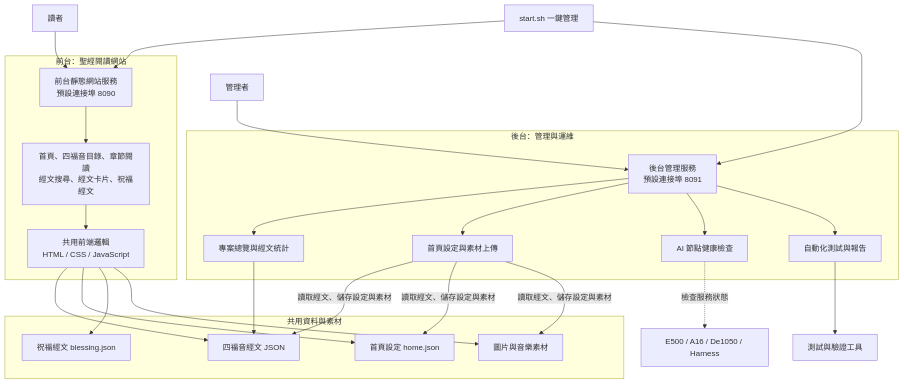
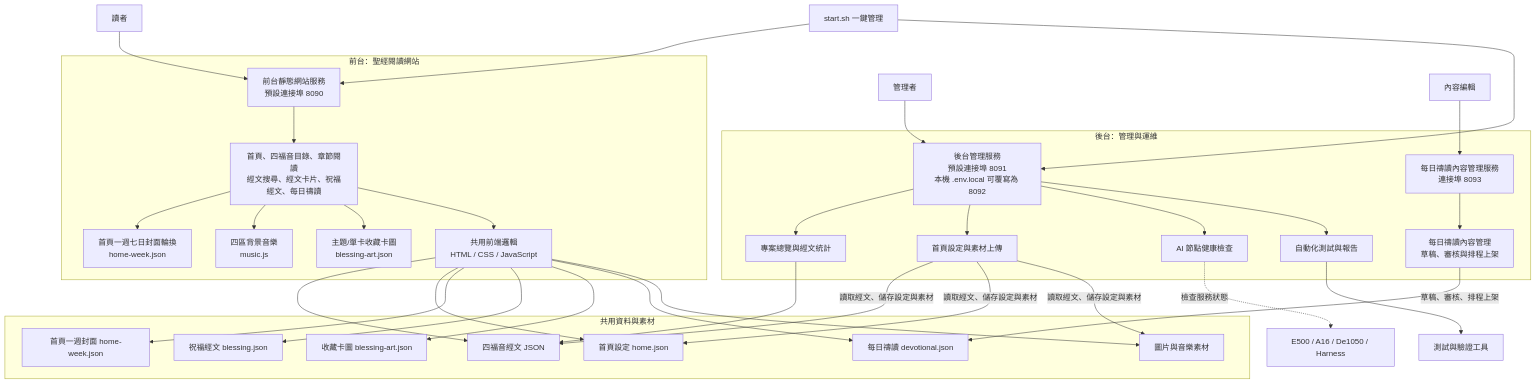
One commit to b827262-cell/Bible-Master changed the diagram in README.md. Above: the diagram before and after it, drawn with Mermaid. The commit also changed other lines of this file and 7 other files, not shown here.

````diff
--- a/README.md
+++ b/README.md
@@ -7,31 +7,40 @@
 ```mermaid
 flowchart TB
     Reader[讀者] --> FrontServer[前台靜態網站服務<br/>預設連接埠 8090]
-    Admin[管理者] --> AdminServer[後台管理服務<br/>預設連接埠 8091]
+    Admin[管理者] --> AdminServer[後台管理服務<br/>預設連接埠 8091<br/>本機 .env.local 可覆寫為 8092]
+    Editor[內容編輯] --> EditorServer[每日禱讀內容管理服務<br/>連接埠 8093]
 
     subgraph Frontend[前台：聖經閱讀網站]
-        FrontServer --> Pages[首頁、四福音目錄、章節閱讀<br/>經文搜尋、經文卡片、祝福經文]
+        FrontServer --> Pages[首頁、四福音目錄、章節閱讀<br/>經文搜尋、經文卡片、祝福經文、每日禱讀]
+        Pages --> WeekCover[首頁一週七日封面輪換<br/>home-week.json]
+        Pages --> Music[四區背景音樂<br/>music.js]
+        Pages --> BlessArt[主題/單卡收藏卡圖<br/>blessing-art.json]
         Pages --> App[共用前端邏輯<br/>HTML / CSS / JavaScript]
     end
 
     subgraph Backend[後台：管理與運維]
         AdminServer --> Dashboard[專案總覽與經文統計]
         AdminServer --> HomeAdmin[首頁設定與素材上傳]
         AdminServer --> ModelStatus[AI 節點健康檢查]
         AdminServer --> TestConsole[自動化測試與報告]
+        EditorServer --> DevotionalAdmin[每日禱讀內容管理<br/>草稿、審核與排程上架]
     end
 
     subgraph Data[共用資料與素材]
         Books[四福音經文 JSON]
         HomeData[首頁設定 home.json]
+        WeekData[首頁一週封面 home-week.json]
         BlessingData[祝福經文 blessing.json]
+        BlessArtData[收藏卡圖 blessing-art.json]
+        DevotionalData[每日禱讀 devotional.json]
         Assets[圖片與音樂素材]
     end
 
-    App --> Books & HomeData & BlessingData & Assets
+    App --> Books & HomeData & WeekData & BlessingData & BlessArtData & DevotionalData & Assets
     HomeAdmin -->|讀取經文、儲存設定與素材| Books & HomeData & Assets
     Dashboard --> Books
+    DevotionalAdmin -->|草稿、審核、排程上架| DevotionalData
     ModelStatus -.->|檢查服務狀態| Models[E500 / A16 / De1050 / Harness]
     TestConsole --> Tests[測試與驗證工具]
     Launcher[start.sh 一鍵管理] --> FrontServer & AdminServer
 ```
````
